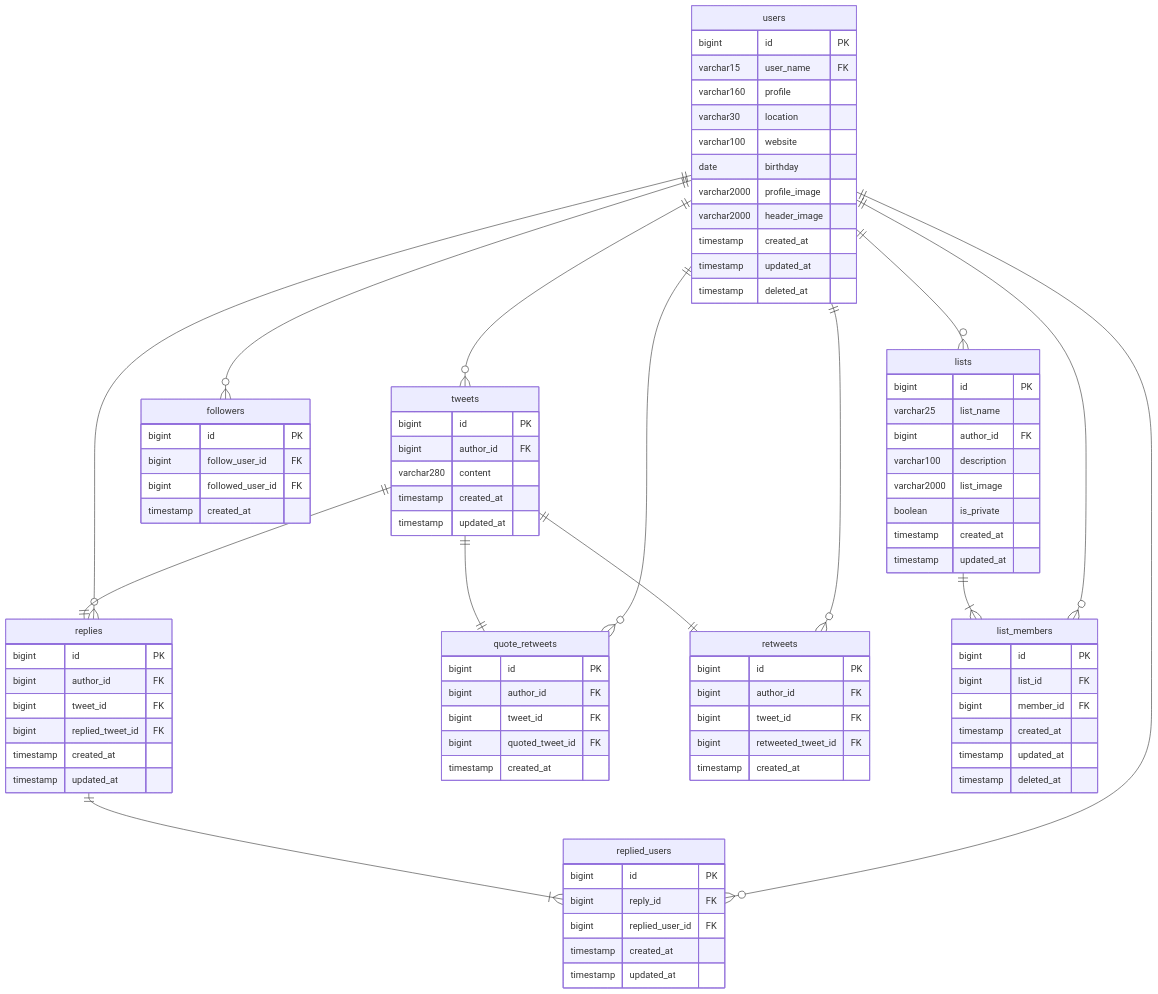
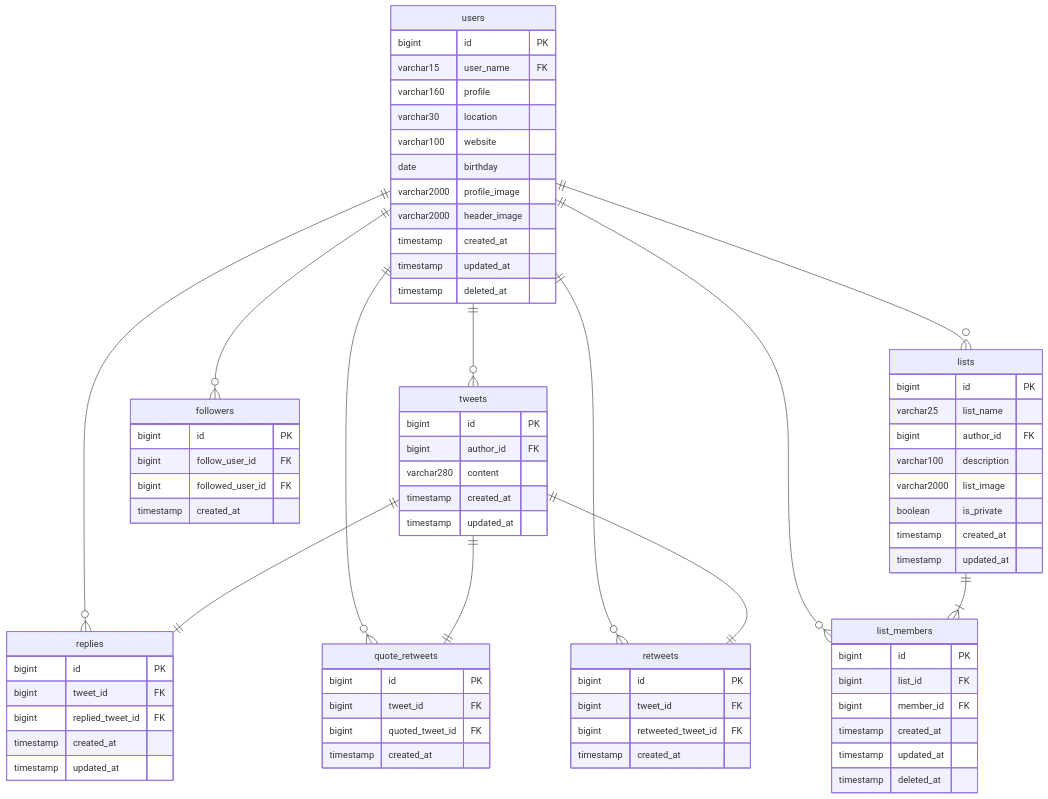
Before and after one commit to sp8783/til: the diagram in ERD/twitter_ERD.md, drawn with Mermaid. The commit also changed 1 other file, not shown here.

Commit message:
Update ERD/twitter_ERD.md and ERD/twitter_tb.md

```diff
--- a/ERD/twitter_ERD.md
+++ b/ERD/twitter_ERD.md
@@ -4,14 +4,12 @@
 	users ||--o{ replies : ""
 	users ||--o{ quote_retweets : ""
 	users ||--o{ retweets : ""
-	users ||--o{ replied_users : ""
 	users ||--o{ followers : ""
 	users ||--o{ lists : ""
 	users ||--o{ list_members : ""
 	tweets ||--|| replies : ""
 	tweets ||--|| quote_retweets : ""
 	tweets ||--|| retweets : ""
-	replies ||--|{ replied_users : ""
 	lists ||--|{ list_members : ""
 
 	users {
@@ -36,29 +34,19 @@
 	}
 	replies {
 	  bigint id PK
-	  bigint author_id FK
 	  bigint tweet_id FK
 	  bigint replied_tweet_id FK
 	  timestamp created_at
 	  timestamp updated_at
 	}
-	replied_users {
-	  bigint id PK
-	  bigint reply_id FK
-	  bigint replied_user_id FK
-	  timestamp created_at
-	  timestamp updated_at
-	}
 	quote_retweets {
 	  bigint id PK
-	  bigint author_id FK
 	  bigint tweet_id FK
 	  bigint quoted_tweet_id FK
 	  timestamp created_at
 	}
 	retweets {
 	  bigint id PK
-	  bigint author_id FK
 	  bigint tweet_id FK
 	  bigint retweeted_tweet_id FK
 	  timestamp created_at
```
